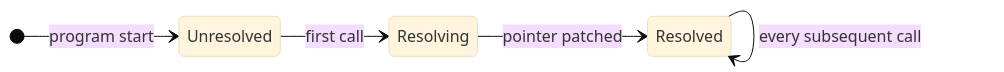
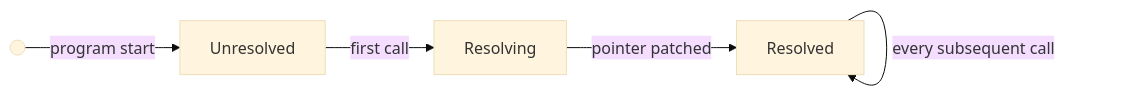
One commit to Shubhankar-Gambhir/Shubhankar-Gambhir.github.io changed the first of 3 diagrams in _posts/2026-05-12-lazy-resolution-resolve-once-dispatch-forever.md. Above: the diagram before and after it, drawn with Mermaid (base theme).

Commit message:
Switch state diagram to flowchart for cleaner self-loop rendering

````diff
--- a/_posts/2026-05-12-lazy-resolution-resolve-once-dispatch-forever.md
+++ b/_posts/2026-05-12-lazy-resolution-resolve-once-dispatch-forever.md
@@ -76,8 +76,7 @@
 ```mermaid
-stateDiagram-v2
-    direction LR
-    [*] --> Unresolved : program start
-    Unresolved --> Resolving : first call
-    Resolving --> Resolved : pointer patched
-    Resolved --> Resolved : every subsequent call
+flowchart LR
+    S(( )) -->|program start| A[Unresolved]
+    A -->|first call| B[Resolving]
+    B -->|pointer patched| C[Resolved]
+    C -->|every subsequent call| C
 ```
````
